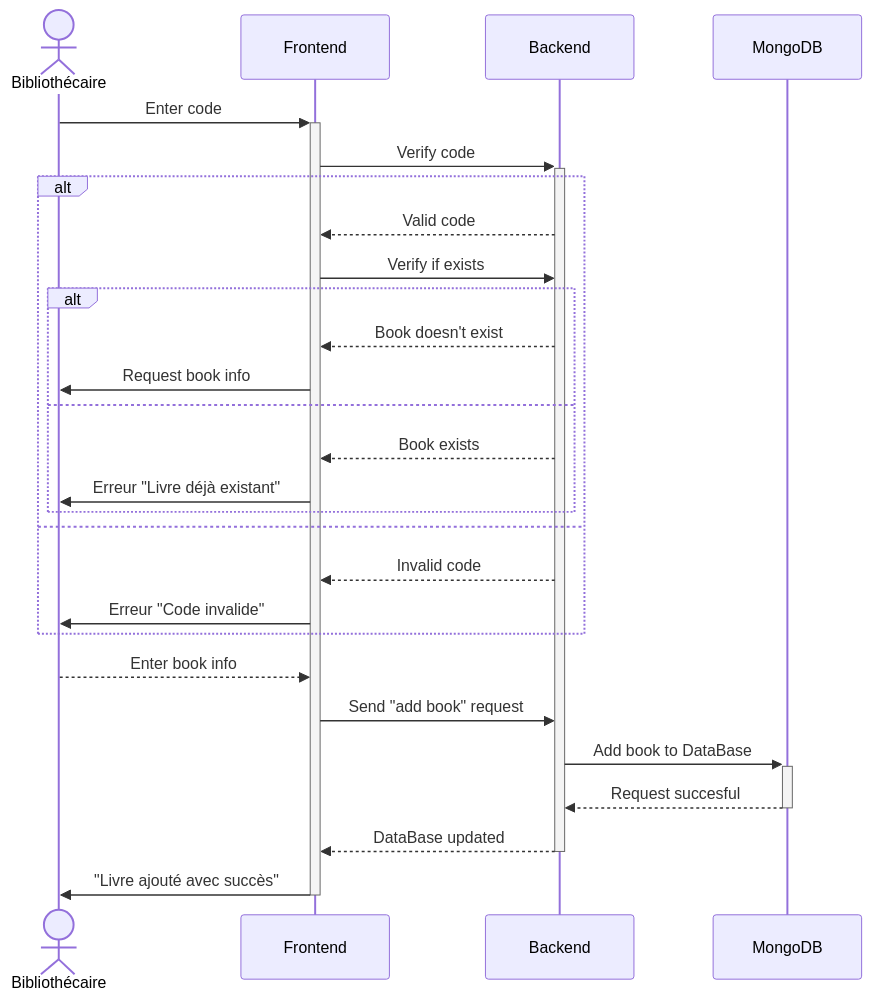
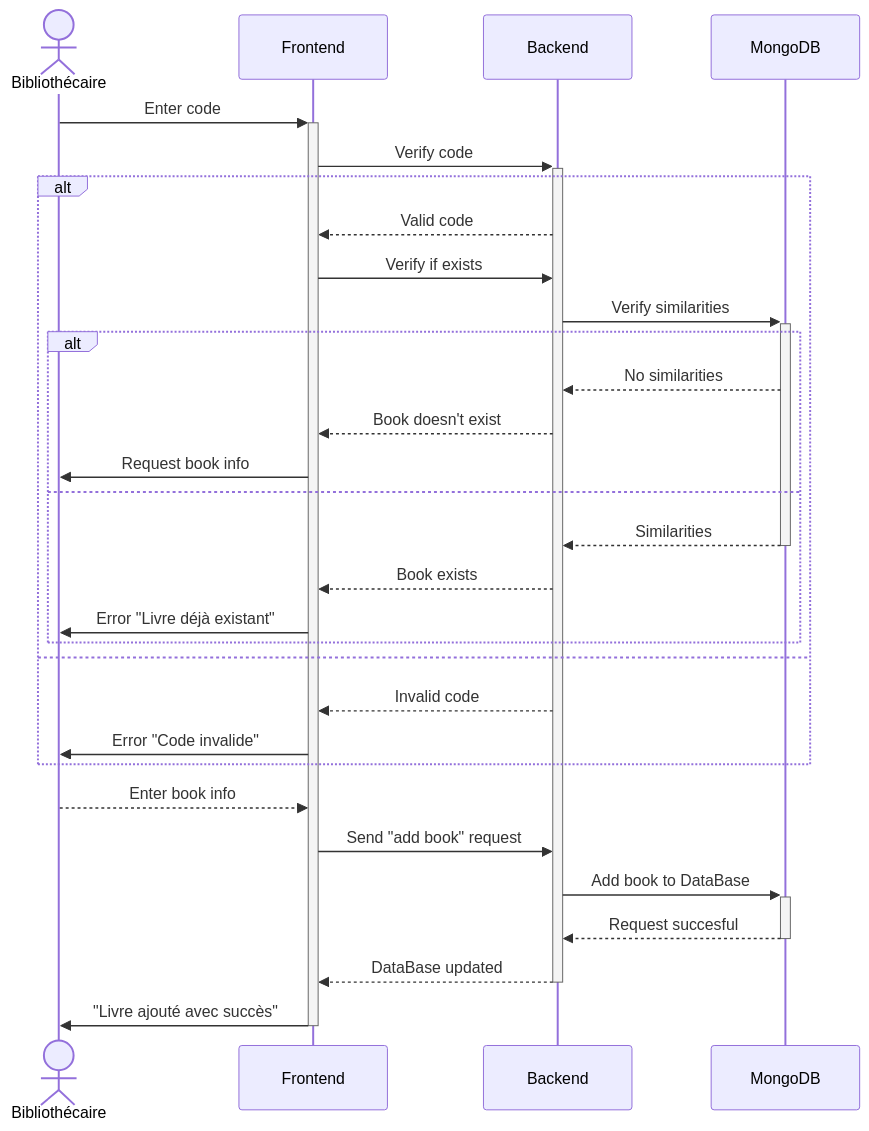
Before and after one commit to sejbouchereau/TP2: the diagram in sequenceD1.md, drawn with Mermaid. The commit also changed 1 other file, not shown here.

Commit message:
Diagrammes séquences V2

````diff
--- a/sequenceD1.md
+++ b/sequenceD1.md
@@ -3,30 +3,33 @@
 ```mermaid
 sequenceDiagram
 actor Bibliothécaire
-    Bibliothécaire->>+Frontend: Enter code;
-    Frontend->>+Backend: Verify code;
+    Bibliothécaire->>+Frontend: Enter code
+    Frontend->>+Backend: Verify code
 
     alt
         Backend-->>Frontend: Valid code
         Frontend->>Backend: Verify if exists
+        Backend->>+MongoDB: Verify similarities
 
         alt
+        MongoDB-->>Backend: No similarities
         Backend-->>Frontend: Book doesn't exist
         Frontend->>Bibliothécaire: Request book info
 
         else
+        MongoDB-->>-Backend: Similarities
         Backend-->>Frontend: Book exists
-        Frontend->>Bibliothécaire: Erreur "Livre déjà existant"
+        Frontend->>Bibliothécaire: Error "Livre déjà existant"
         end
     else
         Backend-->>Frontend: Invalid code
-        Frontend->>Bibliothécaire: Erreur "Code invalide"
+        Frontend->>Bibliothécaire: Error "Code invalide"
     end
 
     Bibliothécaire-->>Frontend: Enter book info
     Frontend->>Backend: Send "add book" request
     Backend->>+MongoDB: Add book to DataBase
     MongoDB-->>-Backend: Request succesful
     Backend-->>-Frontend: DataBase updated
     Frontend->>-Bibliothécaire: "Livre ajouté avec succès"
 ```
````
